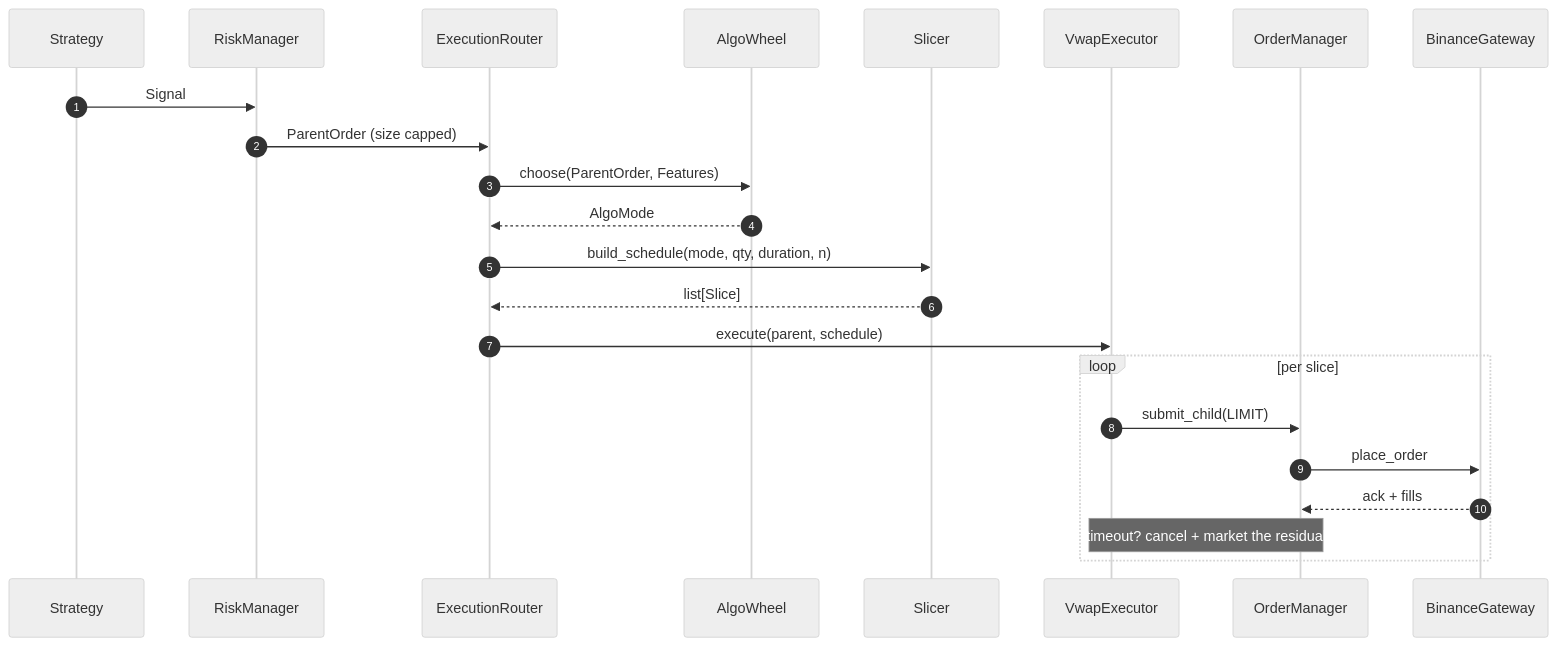
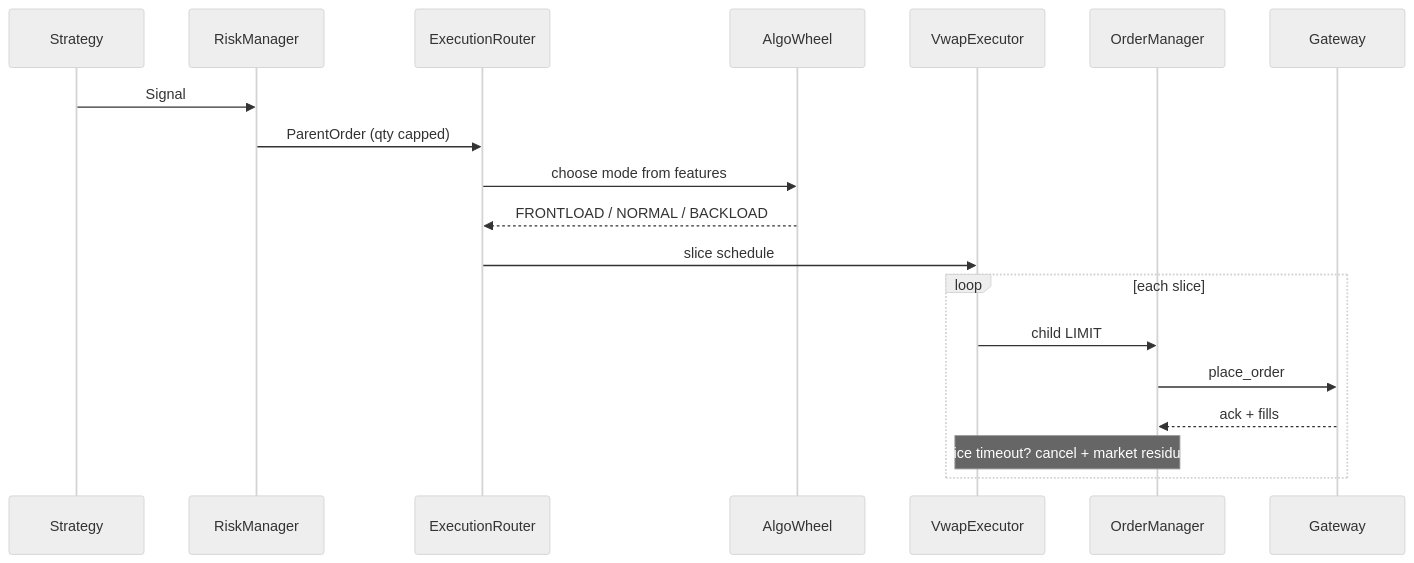
The fourth of 4 diagrams in backend/README.md (Zendragon98/algo-trading-hub), drawn with Mermaid (neutral theme) before and after one commit. The commit also changed other lines of this file and 42 other files, not shown here.

````diff
--- a/backend/README.md
+++ b/backend/README.md
@@ -269,26 +111,22 @@
 ```mermaid
 sequenceDiagram
-    autonumber
-    participant Strat as Strategy
-    participant Risk as RiskManager
-    participant Router as ExecutionRouter
-    participant Wheel as AlgoWheel
-    participant Slicer as Slicer
-    participant Vwap as VwapExecutor
-    participant OMS as OrderManager
-    participant Gw as BinanceGateway
+    participant S as Strategy
+    participant K as RiskManager
+    participant R as ExecutionRouter
+    participant W as AlgoWheel
+    participant V as VwapExecutor
+    participant O as OrderManager
+    participant G as Gateway
 
-    Strat->>Risk: Signal
-    Risk->>Router: ParentOrder (size capped)
-    Router->>Wheel: choose(ParentOrder, Features)
-    Wheel-->>Router: AlgoMode
-    Router->>Slicer: build_schedule(mode, qty, duration, n)
-    Slicer-->>Router: list[Slice]
-    Router->>Vwap: execute(parent, schedule)
-    loop per slice
-        Vwap->>OMS: submit_child(LIMIT)
-        OMS->>Gw: place_order
-        Gw-->>OMS: ack + fills
-        Note over Vwap,OMS: timeout? cancel + market the residual
+    S->>K: Signal
+    K->>R: ParentOrder (qty capped)
+    R->>W: choose mode from features
+    W-->>R: FRONTLOAD / NORMAL / BACKLOAD
+    R->>V: slice schedule
+    loop each slice
+        V->>O: child LIMIT
+        O->>G: place_order
+        G-->>O: ack + fills
+        Note over V,O: slice timeout? cancel + market residual
     end
 ```
````
